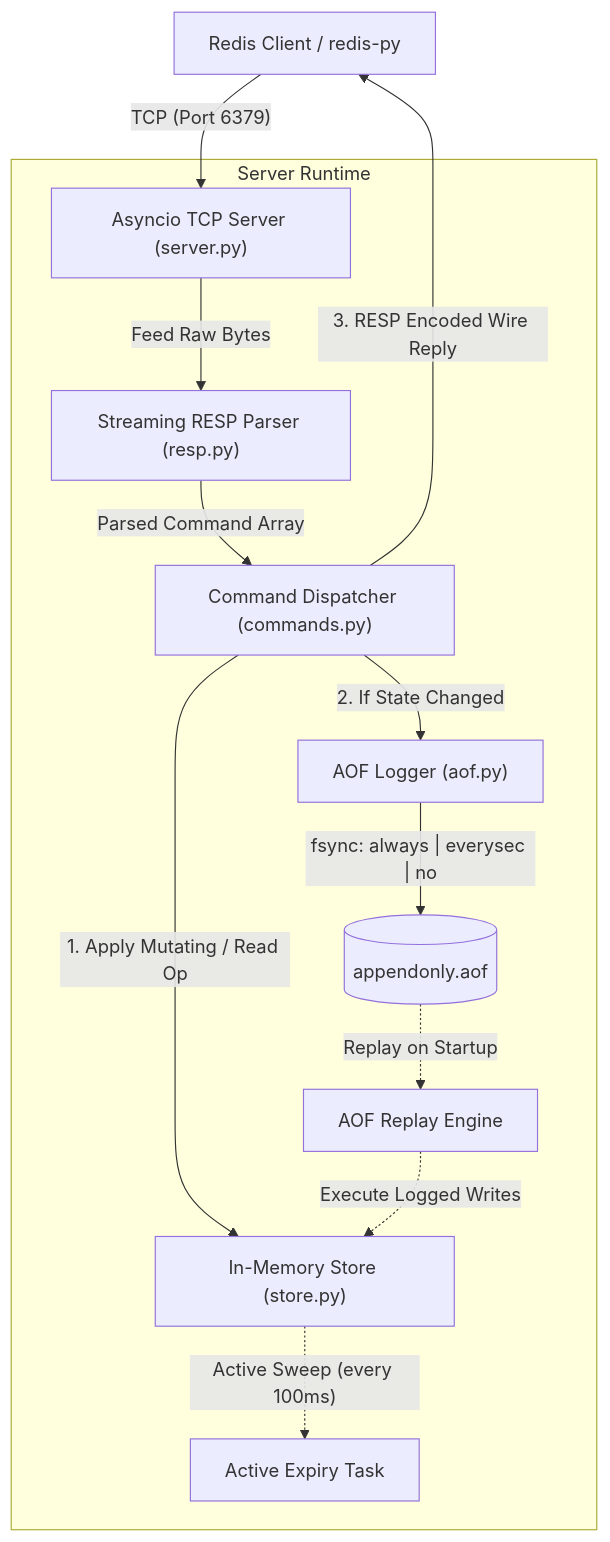
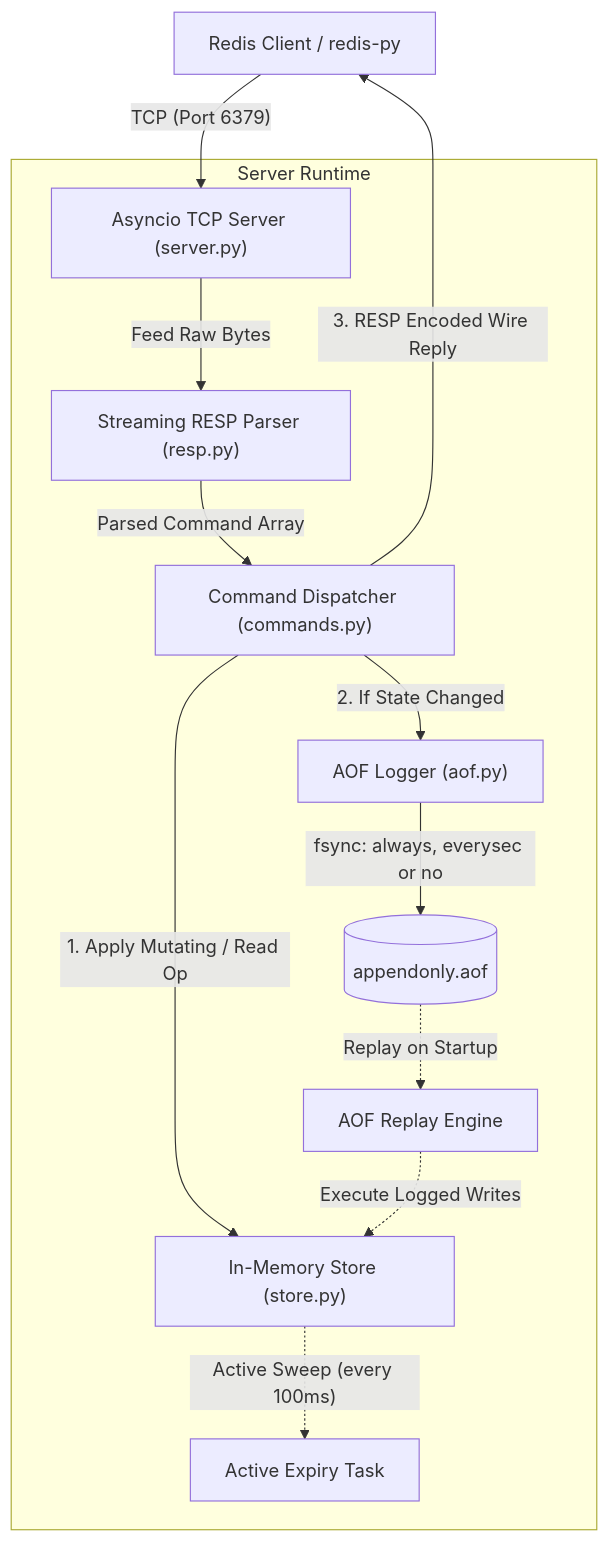
One commit to Sheethaleenuganti/MiniRedis changed the diagram in README.md. Above: the diagram before and after it, drawn with Mermaid. The commit also changed other lines of this file, not shown here.

````diff
--- a/README.md
+++ b/README.md
@@ -9,20 +9,20 @@
 ```mermaid
 flowchart TD
     Client["Redis Client / redis-py"] -->|"TCP (Port 6379)"| Server["Asyncio TCP Server (server.py)"]
     
     subgraph Server_Internals["Server Runtime"]
         Server -->|"Feed Raw Bytes"| Parser["Streaming RESP Parser (resp.py)"]
         Parser -->|"Parsed Command Array"| Dispatch["Command Dispatcher (commands.py)"]
         
         Dispatch -->|"1. Apply Mutating / Read Op"| Store["In-Memory Store (store.py)"]
         Store -.->|"Active Sweep (every 100ms)"| Sweeper["Active Expiry Task"]
         
         Dispatch -->|"2. If State Changed"| AOF["AOF Logger (aof.py)"]
-        AOF -->|"fsync: always | everysec | no"| Disk[("appendonly.aof")]
+        AOF -->|"fsync: always, everysec or no"| Disk[("appendonly.aof")]
         
         Disk -.->|"Replay on Startup"| Replay["AOF Replay Engine"]
         Replay -.->|"Execute Logged Writes"| Store
     end
 
     Dispatch -->|"3. RESP Encoded Wire Reply"| Client
 ```
````
